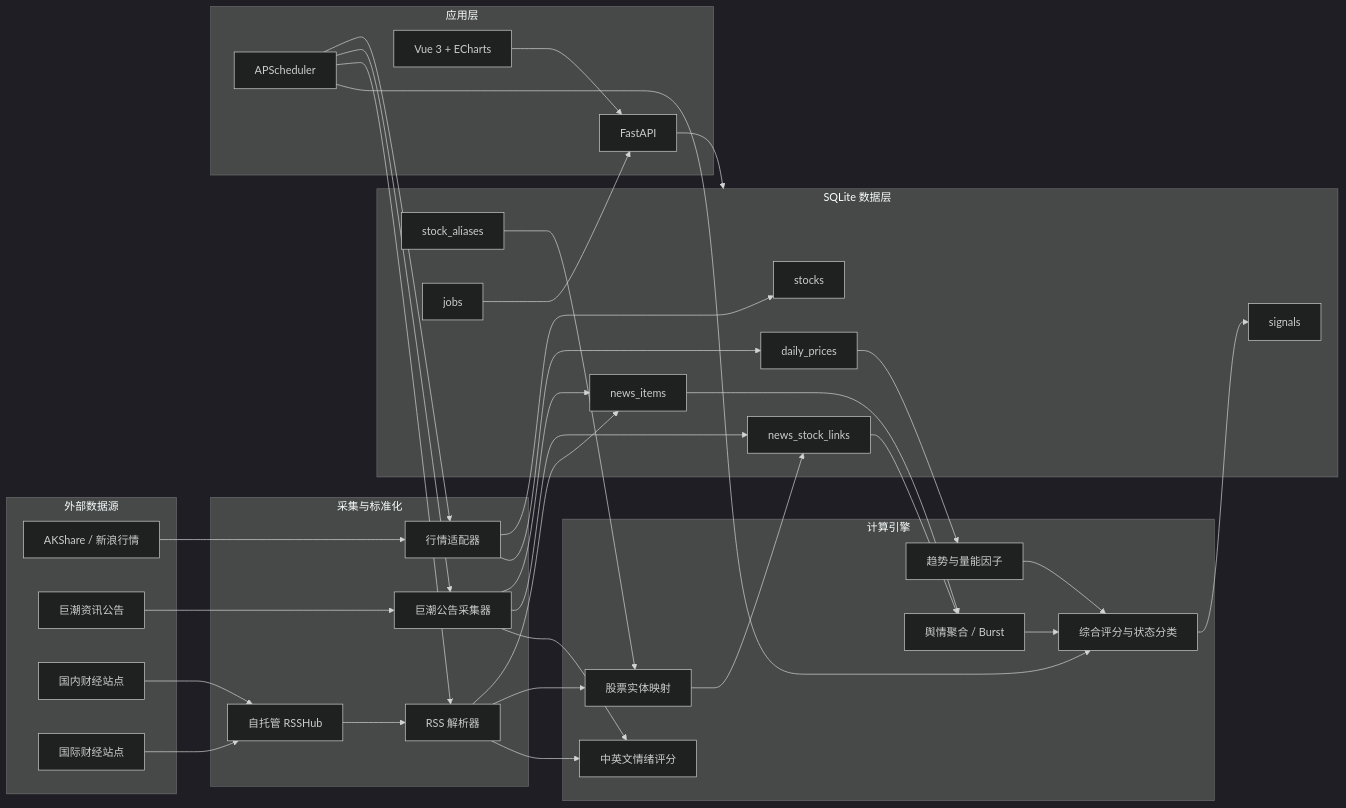
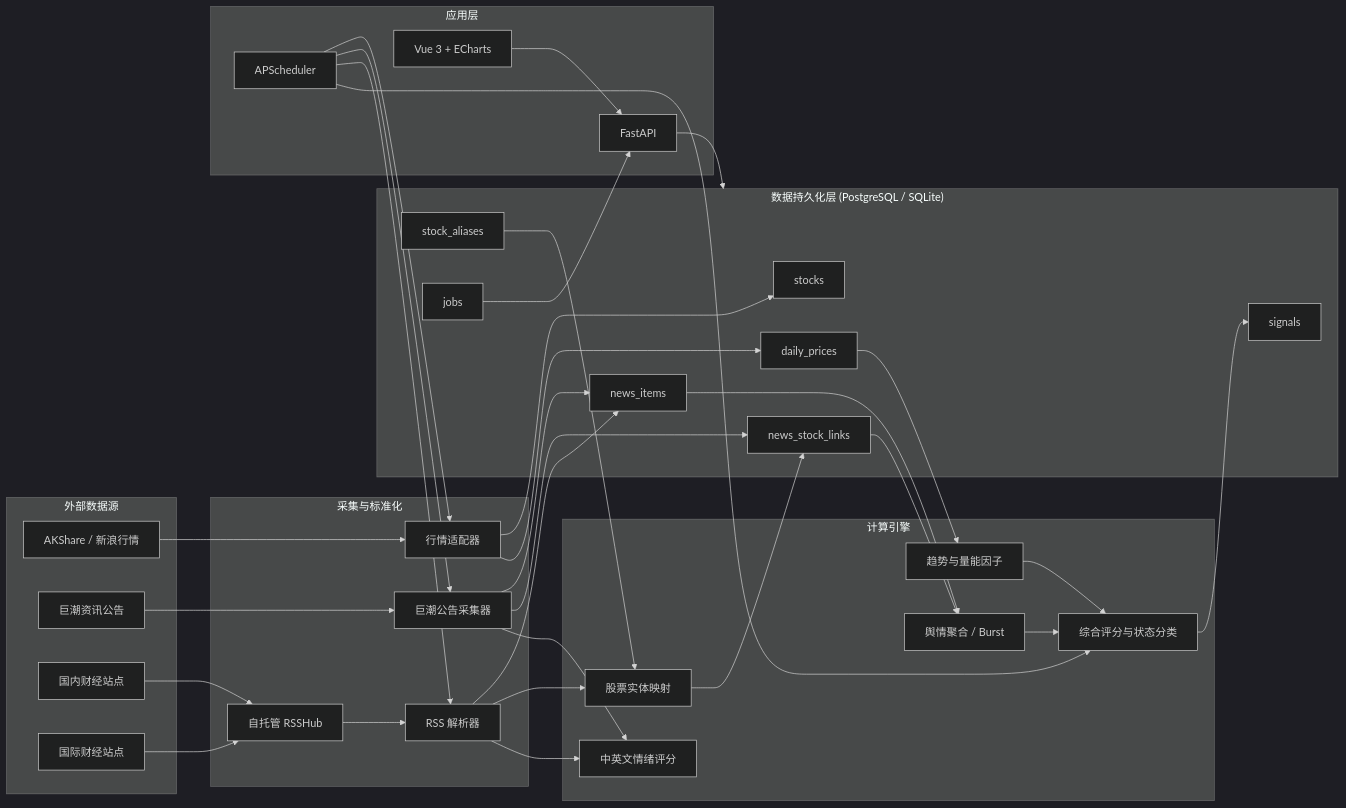
Before and after one commit to liukecai/AStock: the first of 3 diagrams in docs/SYSTEM_ARCHITECTURE.md, drawn with Mermaid (dark theme). The commit also changed other lines of this file and 1 other file, not shown here.

First line of the commit message:
docs(readme): 更新 README 与架构文档，记录 V2 PostgreSQL/任务中心特性

````diff
--- a/docs/SYSTEM_ARCHITECTURE.md
+++ b/docs/SYSTEM_ARCHITECTURE.md
@@ -32,72 +32,72 @@
 ```mermaid
 flowchart LR
     subgraph Sources["外部数据源"]
         AK["AKShare / 新浪行情"]
         CN["巨潮资讯公告"]
         DS["国内财经站点"]
         GS["国际财经站点"]
     end
 
     subgraph Collectors["采集与标准化"]
         Market["行情适配器"]
         Announcement["巨潮公告采集器"]
         RSSHub["自托管 RSSHub"]
         RSS["RSS 解析器"]
     end
 
-    subgraph Data["SQLite 数据层"]
+    subgraph Data["数据持久化层 (PostgreSQL / SQLite)"]
         Stocks["stocks"]
         Prices["daily_prices"]
         News["news_items"]
         Links["news_stock_links"]
         Aliases["stock_aliases"]
         Signals["signals"]
         Jobs["jobs"]
     end
 
     subgraph Engines["计算引擎"]
         Mapper["股票实体映射"]
         NLP["中英文情绪评分"]
         Trend["趋势与量能因子"]
         Sentiment["舆情聚合 / Burst"]
         Scoring["综合评分与状态分类"]
     end
 
     subgraph Apps["应用层"]
         API["FastAPI"]
         Web["Vue 3 + ECharts"]
         Scheduler["APScheduler"]
     end
 
     AK --> Market
     CN --> Announcement
     DS --> RSSHub
     GS --> RSSHub
     RSSHub --> RSS
 
     Market --> Stocks
     Market --> Prices
     Announcement --> News
     Announcement --> Links
     RSS --> News
     RSS --> Mapper
     Aliases --> Mapper
     Mapper --> Links
     RSS --> NLP
     Announcement --> NLP
 
     Prices --> Trend
     News --> Sentiment
     Links --> Sentiment
     Trend --> Scoring
     Sentiment --> Scoring
     Scoring --> Signals
 
     Scheduler --> Market
     Scheduler --> Announcement
     Scheduler --> RSS
     Scheduler --> Scoring
     API --> Data
     Web --> API
     Jobs --> API
 ```
````
